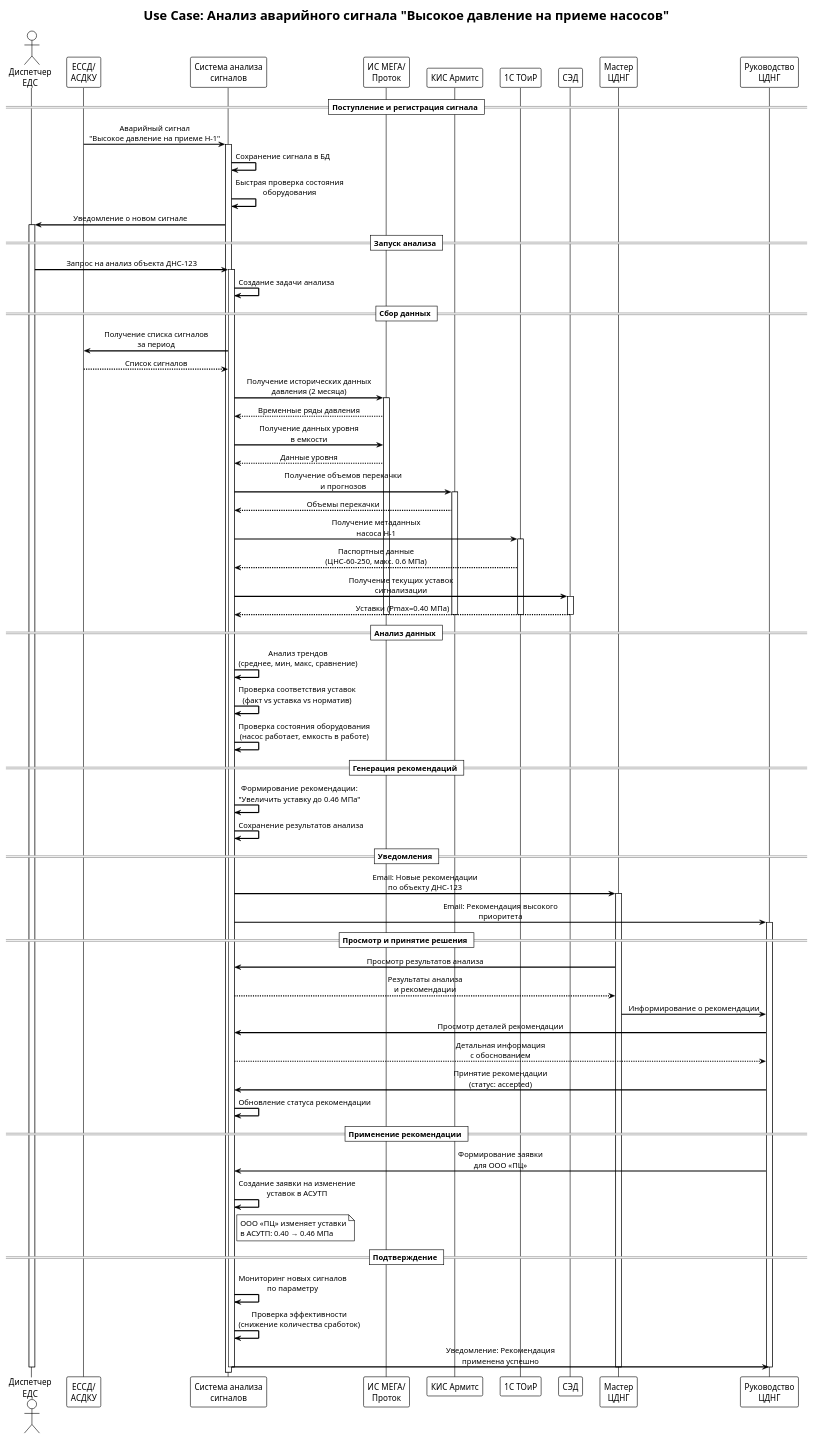
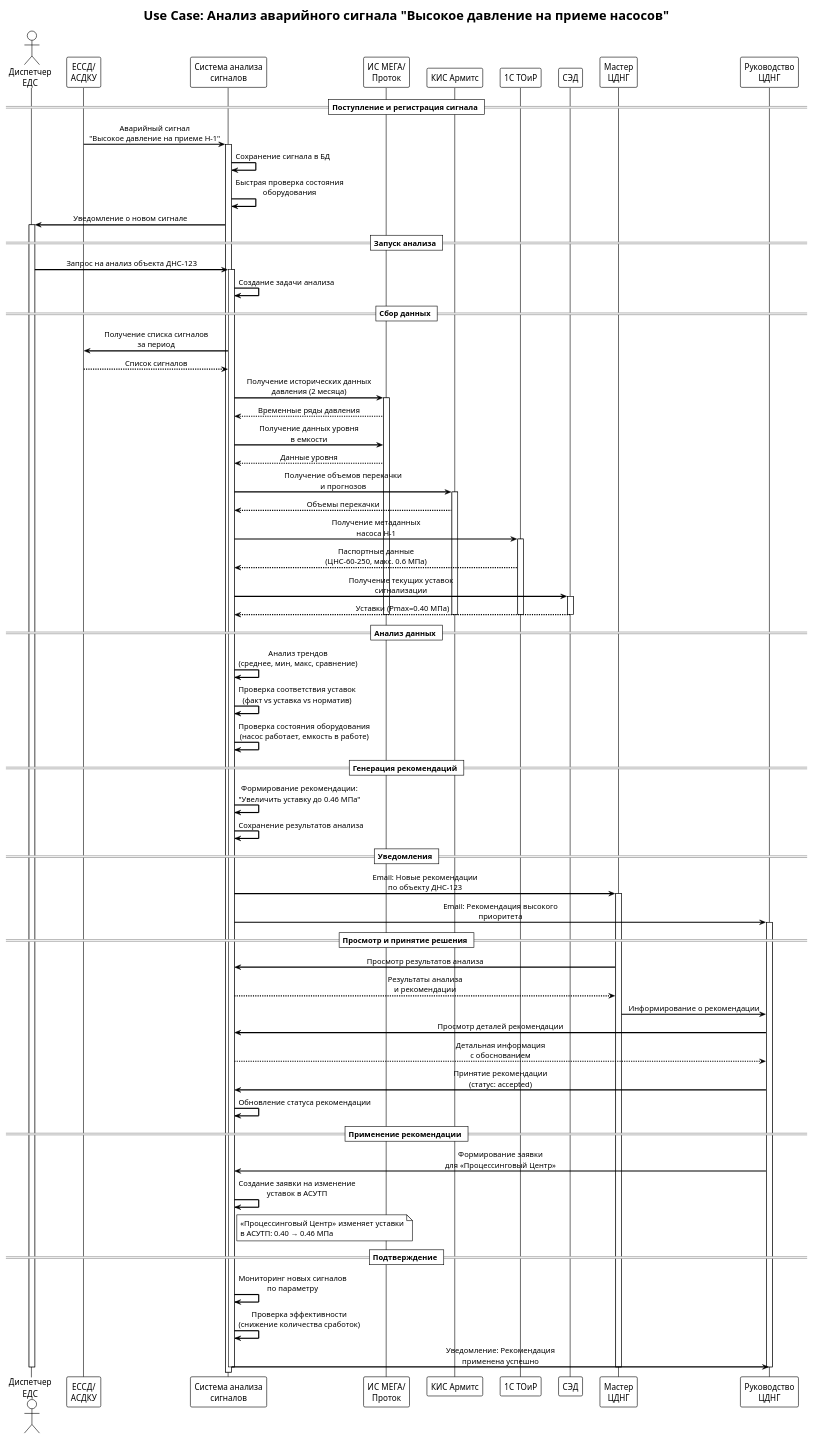
Before and after one commit to splNovikov/tatneft: the first of 3 diagrams in docs/Phase-1-UseCase-Lifecycle.puml, drawn with PlantUML. The commit also changed other lines of this file and 63 other files, not shown here.

```diff
--- a/docs/Phase-1-UseCase-Lifecycle.puml
+++ b/docs/Phase-1-UseCase-Lifecycle.puml
@@ -1,104 +1,104 @@
 @startuml UseCase_Sequence_HighPressure
 !theme plain
 skinparam sequenceMessageAlign center
 skinparam sequenceArrowThickness 2
 
 title Use Case: Анализ аварийного сигнала "Высокое давление на приеме насосов"
 
 actor "Диспетчер\nЕДС" as Dispatcher
 participant "ЕССД/\nАСДКУ" as ESSD
 participant "Система анализа\nсигналов" as System
 participant "ИС МЕГА/\nПроток" as Mega
 participant "КИС Армитс" as Armits
 participant "1С ТОиР" as TOIR
 participant "СЭД" as SED
 participant "Мастер\nЦДНГ" as Master
 participant "Руководство\nЦДНГ" as Manager
 
 == Поступление и регистрация сигнала ==
 ESSD -> System: Аварийный сигнал\n"Высокое давление на приеме Н-1"
 activate System
 System -> System: Сохранение сигнала в БД
 System -> System: Быстрая проверка состояния\nоборудования
 System -> Dispatcher: Уведомление о новом сигнале
 activate Dispatcher
 
 == Запуск анализа ==
 Dispatcher -> System: Запрос на анализ объекта ДНС-123
 activate System
 System -> System: Создание задачи анализа
 
 == Сбор данных ==
 System -> ESSD: Получение списка сигналов\nза период
 ESSD --> System: Список сигналов
 
 System -> Mega: Получение исторических данных\nдавления (2 месяца)
 activate Mega
 Mega --> System: Временные ряды давления
 
 System -> Mega: Получение данных уровня\nв емкости
 Mega --> System: Данные уровня
 
 System -> Armits: Получение объемов перекачки\nи прогнозов
 activate Armits
 Armits --> System: Объемы перекачки
 
 System -> TOIR: Получение метаданных\nнасоса Н-1
 activate TOIR
 TOIR --> System: Паспортные данные\n(ЦНС-60-250, макс. 0.6 МПа)
 
 System -> SED: Получение текущих уставок\nсигнализации
 activate SED
 SED --> System: Уставки (Pmax=0.40 МПа)
 
 deactivate Mega
 deactivate Armits
 deactivate TOIR
 deactivate SED
 
 == Анализ данных ==
 System -> System: Анализ трендов\n(среднее, мин, макс, сравнение)
 System -> System: Проверка соответствия уставок\n(факт vs уставка vs норматив)
 System -> System: Проверка состояния оборудования\n(насос работает, емкость в работе)
 
 == Генерация рекомендаций ==
 System -> System: Формирование рекомендации:\n"Увеличить уставку до 0.46 МПа"
 System -> System: Сохранение результатов анализа
 
 == Уведомления ==
 System -> Master: Email: Новые рекомендации\nпо объекту ДНС-123
 activate Master
 System -> Manager: Email: Рекомендация высокого\nприоритета
 activate Manager
 
 == Просмотр и принятие решения ==
 Master -> System: Просмотр результатов анализа
 System --> Master: Результаты анализа\nи рекомендации
 
 Master -> Manager: Информирование о рекомендации
 Manager -> System: Просмотр деталей рекомендации
 System --> Manager: Детальная информация\nс обоснованием
 
 Manager -> System: Принятие рекомендации\n(статус: accepted)
 System -> System: Обновление статуса рекомендации
 
 == Применение рекомендации ==
-Manager -> System: Формирование заявки\nдля ООО «ПЦ»
+Manager -> System: Формирование заявки\nдля «Процессинговый Центр»
 System -> System: Создание заявки на изменение\nуставок в АСУТП
 
 note right of System
-  ООО «ПЦ» изменяет уставки
+  «Процессинговый Центр» изменяет уставки
   в АСУТП: 0.40 → 0.46 МПа
 end note
 
 == Подтверждение ==
 System -> System: Мониторинг новых сигналов\nпо параметру
 System -> System: Проверка эффективности\n(снижение количества сработок)
 System -> Manager: Уведомление: Рекомендация\nприменена успешно
 
 deactivate System
 deactivate Dispatcher
 deactivate Master
 deactivate Manager
 
 @enduml
```
